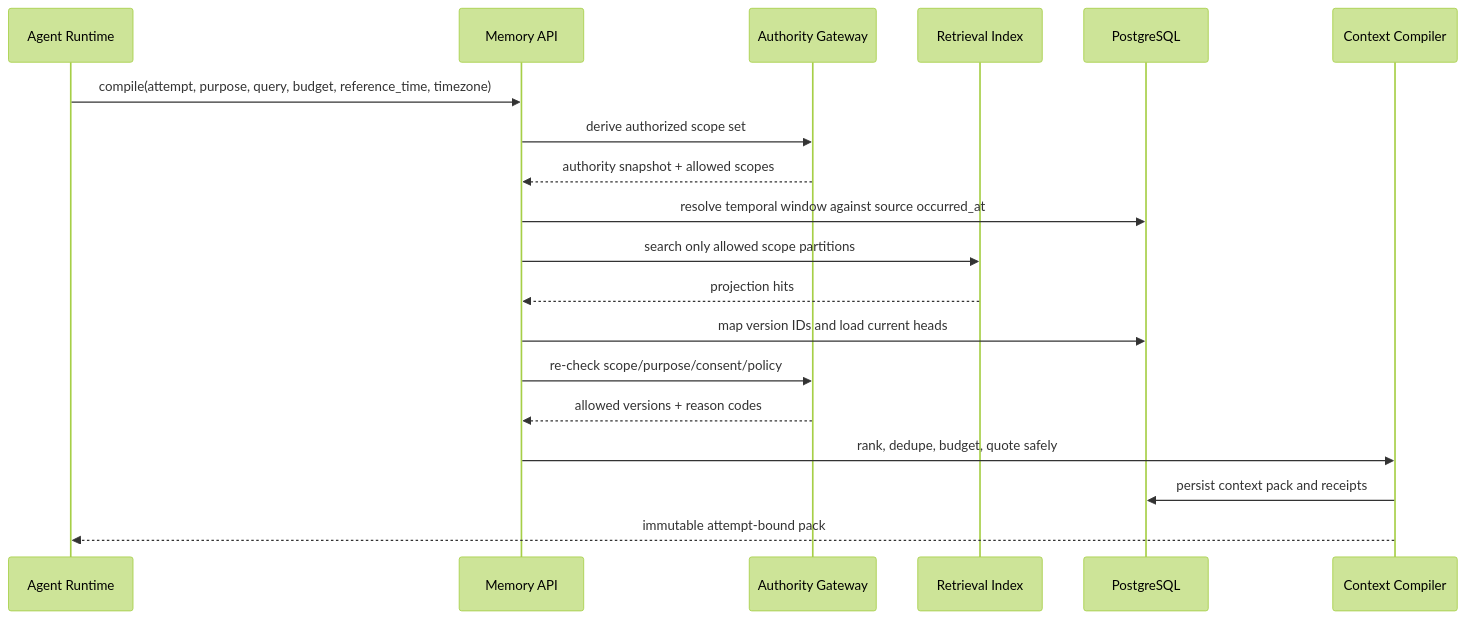
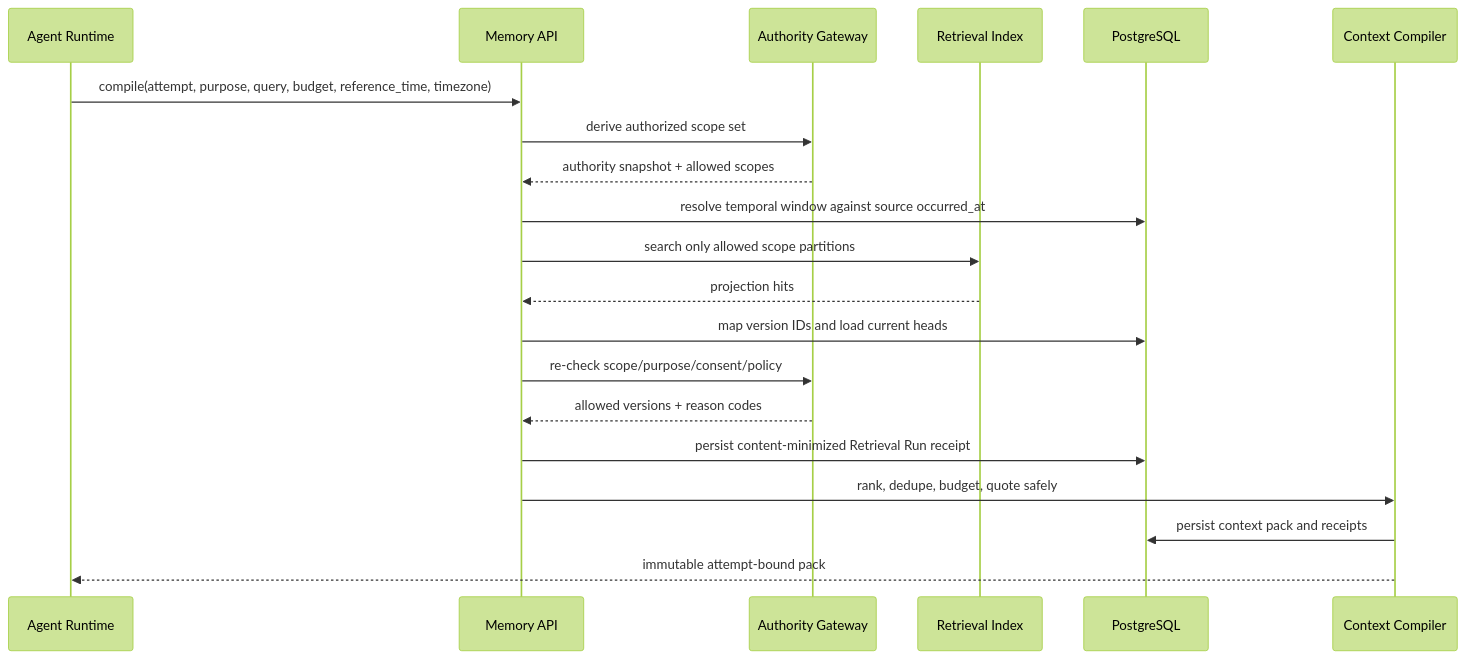
The second of 2 diagrams in docs/04-write-read-correct-forget-flows.md (DongRuibo/drb-Memory-system), drawn with Mermaid (forest theme) before and after one commit. The commit also changed other lines of this file and 13 other files, not shown here.

````diff
--- a/docs/04-write-read-correct-forget-flows.md
+++ b/docs/04-write-read-correct-forget-flows.md
@@ -75,22 +75,23 @@
 ```mermaid
 sequenceDiagram
     participant R as Agent Runtime
     participant A as Memory API
     participant G as Authority Gateway
     participant I as Retrieval Index
     participant D as PostgreSQL
     participant C as Context Compiler
 
     R->>A: compile(attempt, purpose, query, budget, reference_time, timezone)
     A->>G: derive authorized scope set
     G-->>A: authority snapshot + allowed scopes
     A->>D: resolve temporal window against source occurred_at
     A->>I: search only allowed scope partitions
     I-->>A: projection hits
     A->>D: map version IDs and load current heads
     A->>G: re-check scope/purpose/consent/policy
     G-->>A: allowed versions + reason codes
+    A->>D: persist content-minimized Retrieval Run receipt
     A->>C: rank, dedupe, budget, quote safely
     C->>D: persist context pack and receipts
     C-->>R: immutable attempt-bound pack
 ```
````
